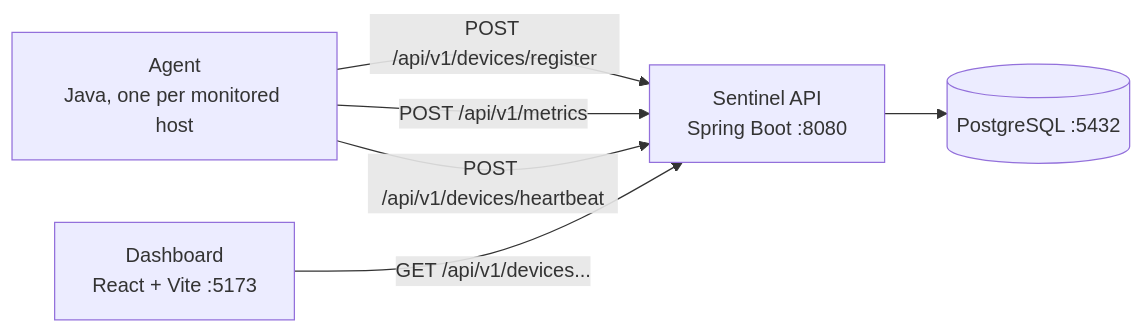
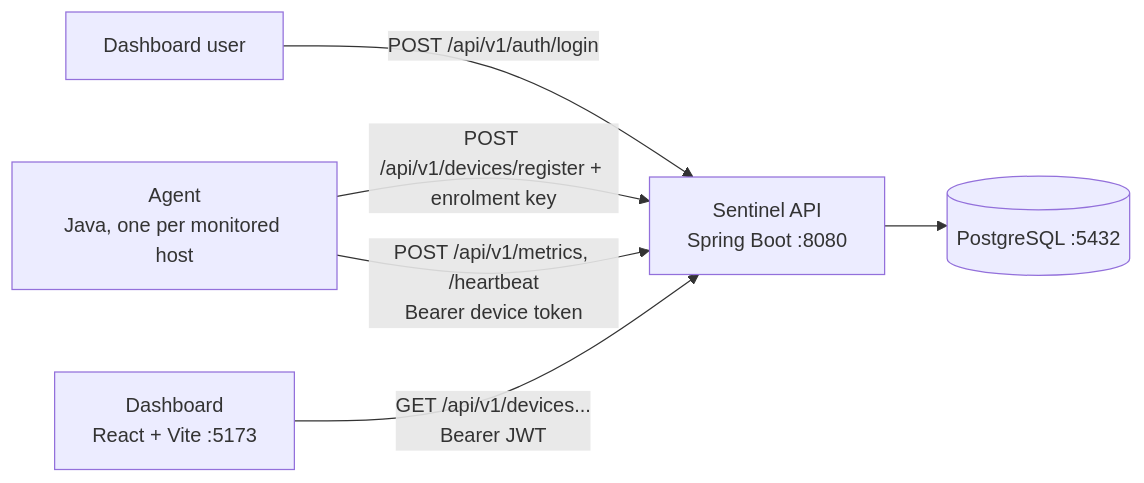
Before and after one commit to Remi481/sentinel: the diagram in README.md, drawn with Mermaid. The commit also changed other lines of this file and 3 other files, not shown here.

````diff
--- a/README.md
+++ b/README.md
@@ -16,8 +17,8 @@
 ```mermaid
 flowchart LR
-    A[Agent<br/>Java, one per monitored host] -->|POST /api/v1/devices/register| B
-    A -->|POST /api/v1/metrics| B
-    A -->|POST /api/v1/devices/heartbeat| B
-    C[Dashboard<br/>React + Vite :5173] -->|GET /api/v1/devices...| B
+    U[Dashboard user] -->|POST /api/v1/auth/login| B
+    A[Agent<br/>Java, one per monitored host] -->|POST /api/v1/devices/register + enrolment key| B
+    A -->|POST /api/v1/metrics, /heartbeat<br/>Bearer device token| B
+    C[Dashboard<br/>React + Vite :5173] -->|GET /api/v1/devices...<br/>Bearer JWT| B
     B[Sentinel API<br/>Spring Boot :8080] --> D[(PostgreSQL :5432)]
 ```
````
